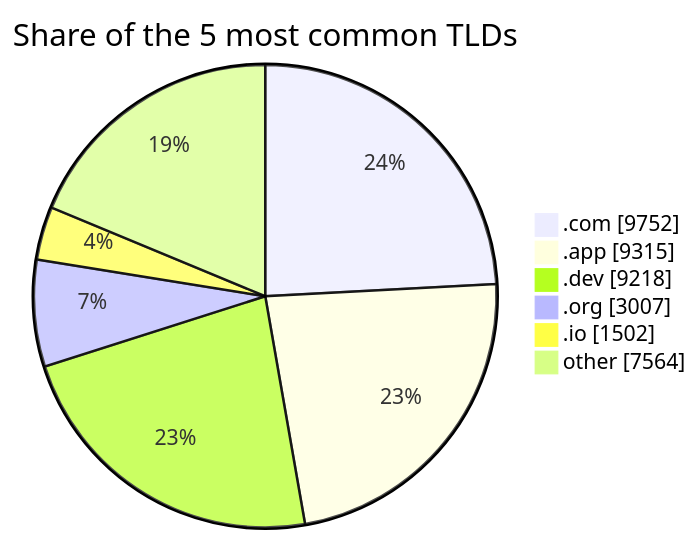
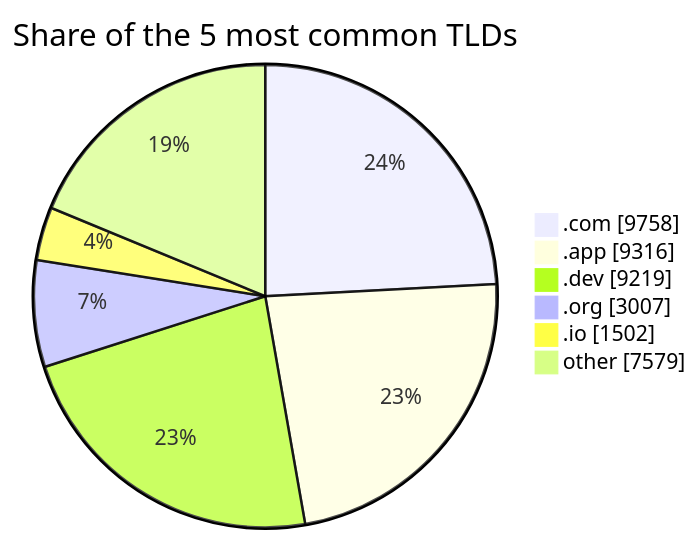
Before and after one commit to DNSBunker/CTI: the second of 2 diagrams in README.md, drawn with Mermaid. The commit also changed other lines of this file and 3 other files, not shown here.

````diff
--- a/README.md
+++ b/README.md
@@ -72,9 +72,9 @@
 ```mermaid
 pie showData title Share of the 5 most common TLDs
-    ".com" : 9752
-    ".app" : 9315
-    ".dev" : 9218
+    ".com" : 9758
+    ".app" : 9316
+    ".dev" : 9219
     ".org" : 3007
     ".io" : 1502
-    "other" : 7564
+    "other" : 7579
 ```
````
